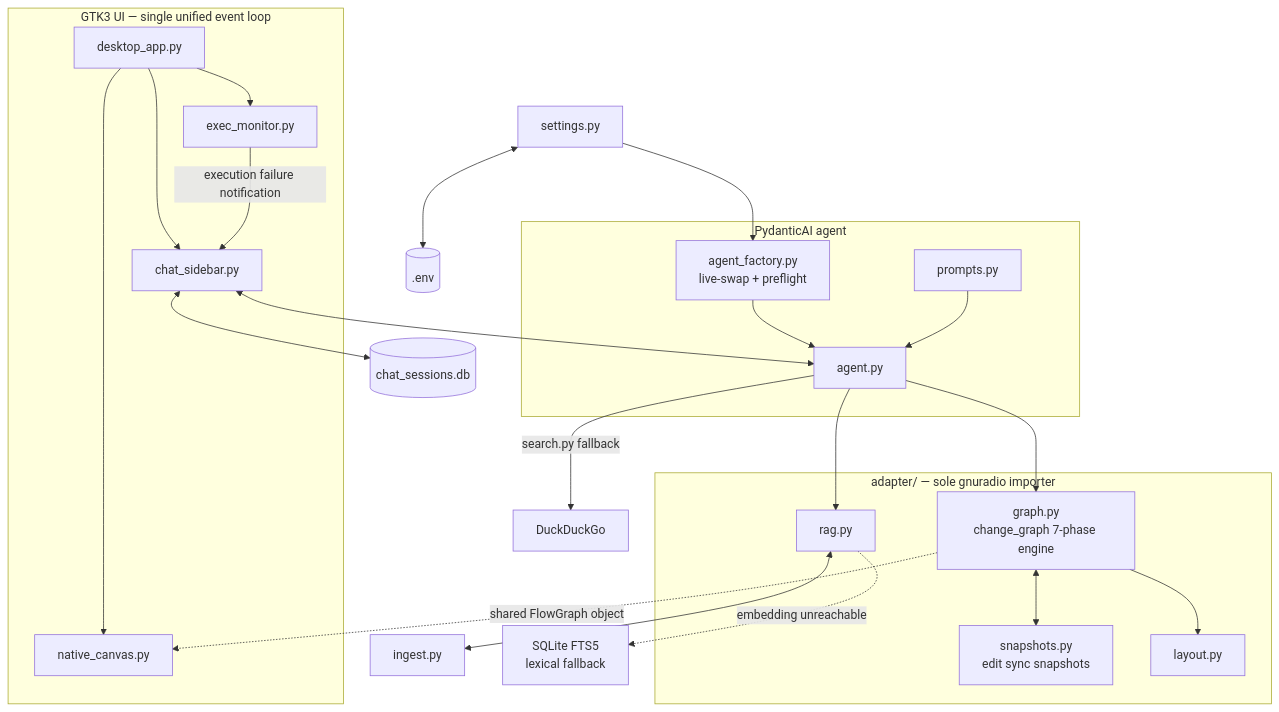
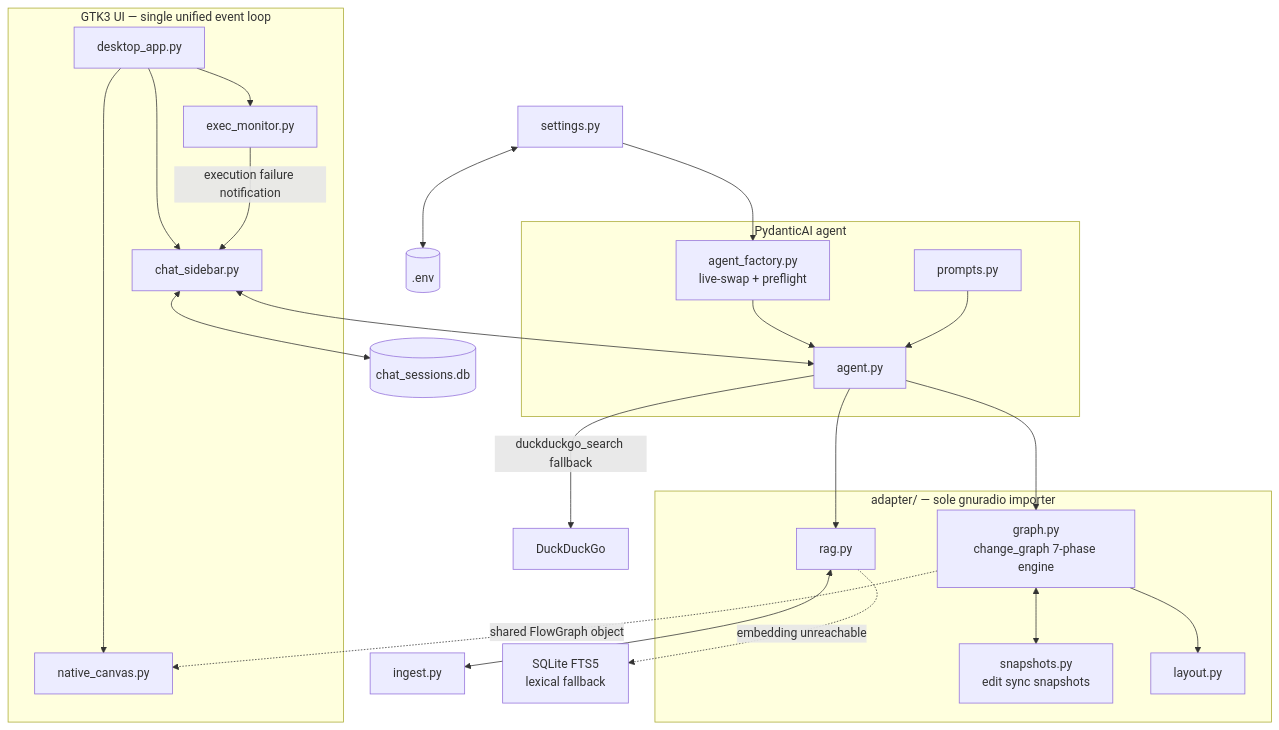
One commit to qoherent/GRC-Agent changed the diagram in README.md. Above: the diagram before and after it, drawn with Mermaid. The commit also changed other lines of this file and 20 other files, not shown here.

````diff
--- a/README.md
+++ b/README.md
@@ -28,38 +28,38 @@
 ```mermaid
 flowchart TB
   subgraph UI["GTK3 UI — single unified event loop"]
     DA["desktop_app.py"]
     CS["chat_sidebar.py"]
     NC["native_canvas.py"]
     EM["exec_monitor.py"]
   end
   subgraph AGT["PydanticAI agent"]
     AF["agent_factory.py<br/>live-swap + preflight"]
     AG["agent.py"]
     PR["prompts.py"]
   end
   subgraph ADP["adapter/ — sole gnuradio importer"]
     GR["graph.py<br/>change_graph 7-phase engine"]
     SN["snapshots.py<br/>edit sync snapshots"]
     LY["layout.py"]
     RG["rag.py"]
   end
   ST["settings.py"] <--> ENV[(".env")]
   ST --> AF
   DA --> CS
   DA --> NC
   DA --> EM
   CS <--> AG
   CS <--> DB[("chat_sessions.db")]
   AF --> AG
   PR --> AG
   AG --> GR
   AG --> RG
-  AG -->|"search.py fallback"| SR["DuckDuckGo"]
+  AG -->|"duckduckgo_search fallback"| SR["DuckDuckGo"]
   RG <--> ING["ingest.py"]
   RG -.->|"embedding unreachable"| FTS["SQLite FTS5<br/>lexical fallback"]
   GR <--> SN
   GR --> LY
   GR -.->|"shared FlowGraph object"| NC
   EM -->|"execution failure notification"| CS
 ```
````
